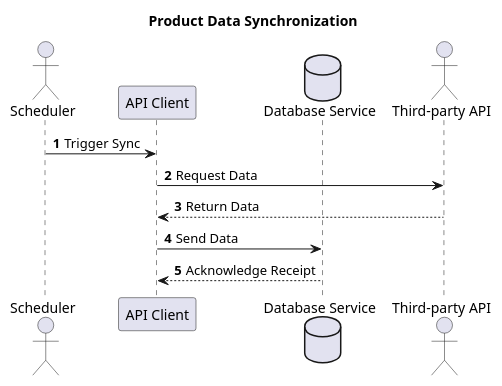
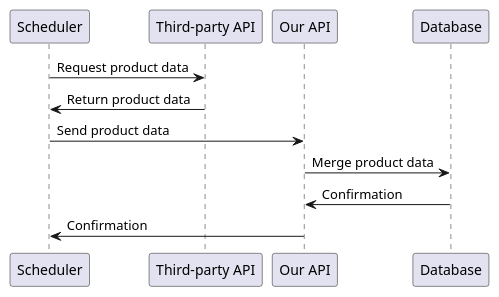
The diagram in shopping-app/docs/sequenceDiagramThirdAPI.plantuml (nguyenhungne/UDT-backend), drawn with PlantUML before and after one commit. The commit also changed 3 other files, not shown here.

```diff
--- a/shopping-app/docs/sequenceDiagramThirdAPI.plantuml
+++ b/shopping-app/docs/sequenceDiagramThirdAPI.plantuml
@@ -1,15 +1,13 @@
 @startuml
-title Product Data Synchronization
+participant "Scheduler" as S
+participant "Third-party API" as TAPI
+participant "Our API" as OAPI
+participant "Database" as DB
 
-autonumber
-actor Scheduler
-participant "API Client" as Client
-database "Database Service" as DB
-actor "Third-party API" as API
-
-Scheduler -> Client: Trigger Sync
-Client -> API: Request Data
-API --> Client: Return Data
-Client -> DB: Send Data
-DB --> Client: Acknowledge Receipt
+S -> TAPI: Request product data
+TAPI -> S: Return product data
+S -> OAPI: Send product data
+OAPI -> DB: Merge product data
+DB -> OAPI: Confirmation
+OAPI -> S: Confirmation
 @enduml
```
